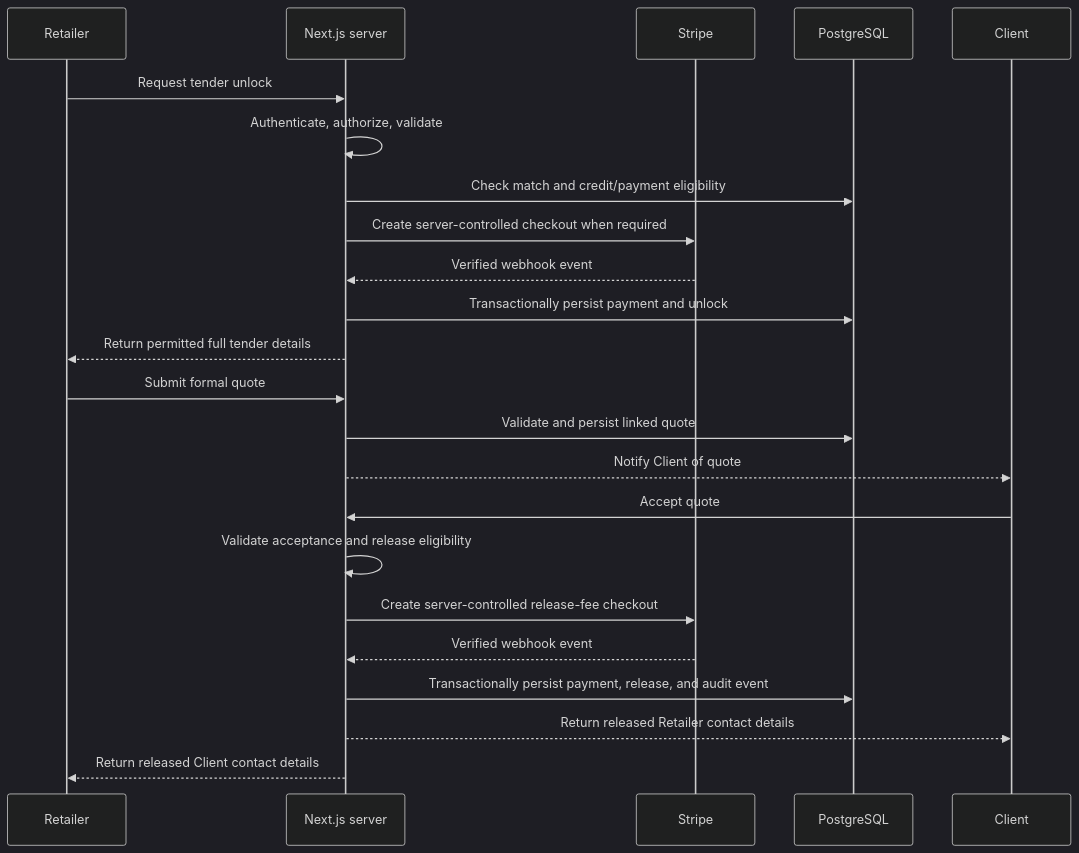
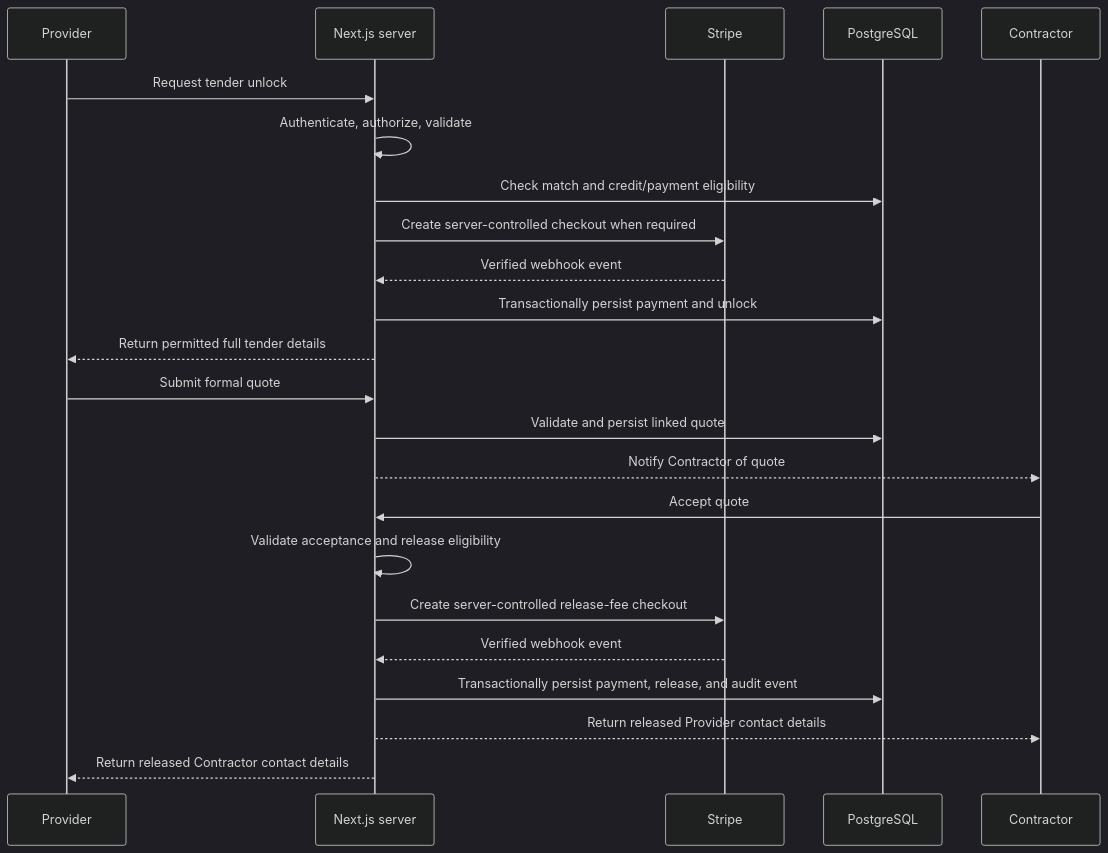
The second of 2 diagrams in docs/Architecture.md (Jondoe0285/Tender), drawn with Mermaid (dark theme) before and after one commit. The commit also changed other lines of this file and 111 other files, not shown here.

````diff
--- a/docs/Architecture.md
+++ b/docs/Architecture.md
@@ -183,26 +183,26 @@
 ```mermaid
 sequenceDiagram
-    participant R as Retailer
+    participant R as Provider
     participant App as Next.js server
     participant S as Stripe
     participant DB as PostgreSQL
-    participant C as Client
+    participant C as Contractor
 
     R->>App: Request tender unlock
     App->>App: Authenticate, authorize, validate
     App->>DB: Check match and credit/payment eligibility
     App->>S: Create server-controlled checkout when required
     S-->>App: Verified webhook event
     App->>DB: Transactionally persist payment and unlock
     App-->>R: Return permitted full tender details
     R->>App: Submit formal quote
     App->>DB: Validate and persist linked quote
-    App-->>C: Notify Client of quote
+    App-->>C: Notify Contractor of quote
     C->>App: Accept quote
     App->>App: Validate acceptance and release eligibility
     App->>S: Create server-controlled release-fee checkout
     S-->>App: Verified webhook event
     App->>DB: Transactionally persist payment, release, and audit event
-    App-->>C: Return released Retailer contact details
-    App-->>R: Return released Client contact details
+    App-->>C: Return released Provider contact details
+    App-->>R: Return released Contractor contact details
 ```
````
